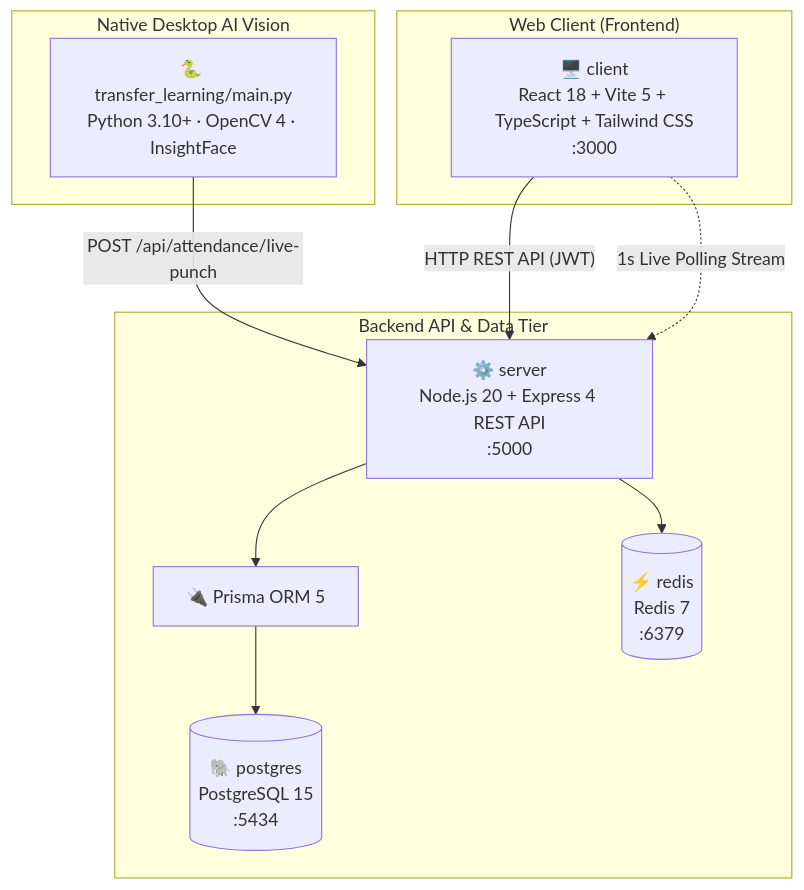
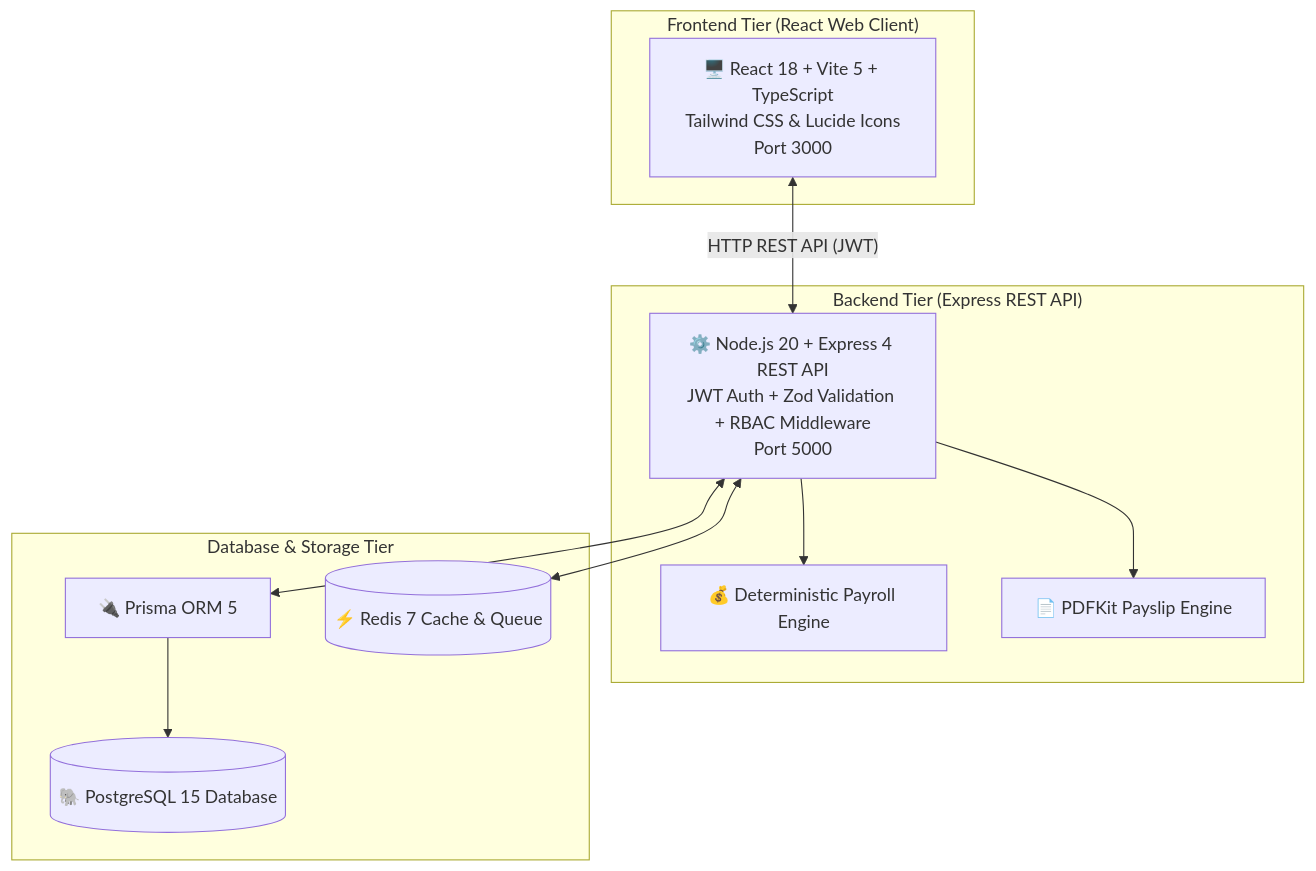
One commit to Parthparmar57/team_49_odoo_grand_final_hackathon changed the second of 3 diagrams in README.md. Above: the diagram before and after it, drawn with Mermaid. The commit also changed other lines of this file, not shown here.

````diff
--- a/README.md
+++ b/README.md
@@ -127,24 +169,25 @@
 ```mermaid
-graph TB
-    subgraph "Native Desktop AI Vision"
-        PY["🐍 transfer_learning/main.py<br/>Python 3.10+ · OpenCV 4 · InsightFace"]
+flowchart TD
+    subgraph "Frontend Tier (React Web Client)"
+        CLIENT["🖥️ React 18 + Vite 5 + TypeScript<br/>Tailwind CSS & Lucide Icons<br/>Port 3000"]
     end
 
-    subgraph "Web Client (Frontend)"
-        REACT["🖥️ client<br/>React 18 + Vite 5 + TypeScript + Tailwind CSS<br/>:3000"]
+    subgraph "Backend Tier (Express REST API)"
+        API["⚙️ Node.js 20 + Express 4 REST API<br/>JWT Auth + Zod Validation + RBAC Middleware<br/>Port 5000"]
+        ENGINE["💰 Deterministic Payroll Engine"]
+        PDF_GEN["📄 PDFKit Payslip Engine"]
+        API --> ENGINE
+        API --> PDF_GEN
     end
 
-    subgraph "Backend API & Data Tier"
-        EXPRESS["⚙️ server<br/>Node.js 20 + Express 4 REST API<br/>:5000"]
+    subgraph "Database & Storage Tier"
         PRISMA["🔌 Prisma ORM 5"]
-        PG[("🐘 postgres<br/>PostgreSQL 15<br/>:5434")]
-        REDIS[("⚡ redis<br/>Redis 7<br/>:6379")]
+        PG[("🐘 PostgreSQL 15 Database")]
+        REDIS[("⚡ Redis 7 Cache & Queue")]
+        PRISMA --> PG
     end
 
-    PY -->|"POST /api/attendance/live-punch"| EXPRESS
-    REACT -->|"HTTP REST API (JWT)"| EXPRESS
-    REACT -.->|"1s Live Polling Stream"| EXPRESS
-    EXPRESS --> PRISMA
-    PRISMA --> PG
-    EXPRESS --> REDIS
+    CLIENT <-->|"HTTP REST API (JWT)"| API
+    API <--> PRISMA
+    API <--> REDIS
 ```
````
